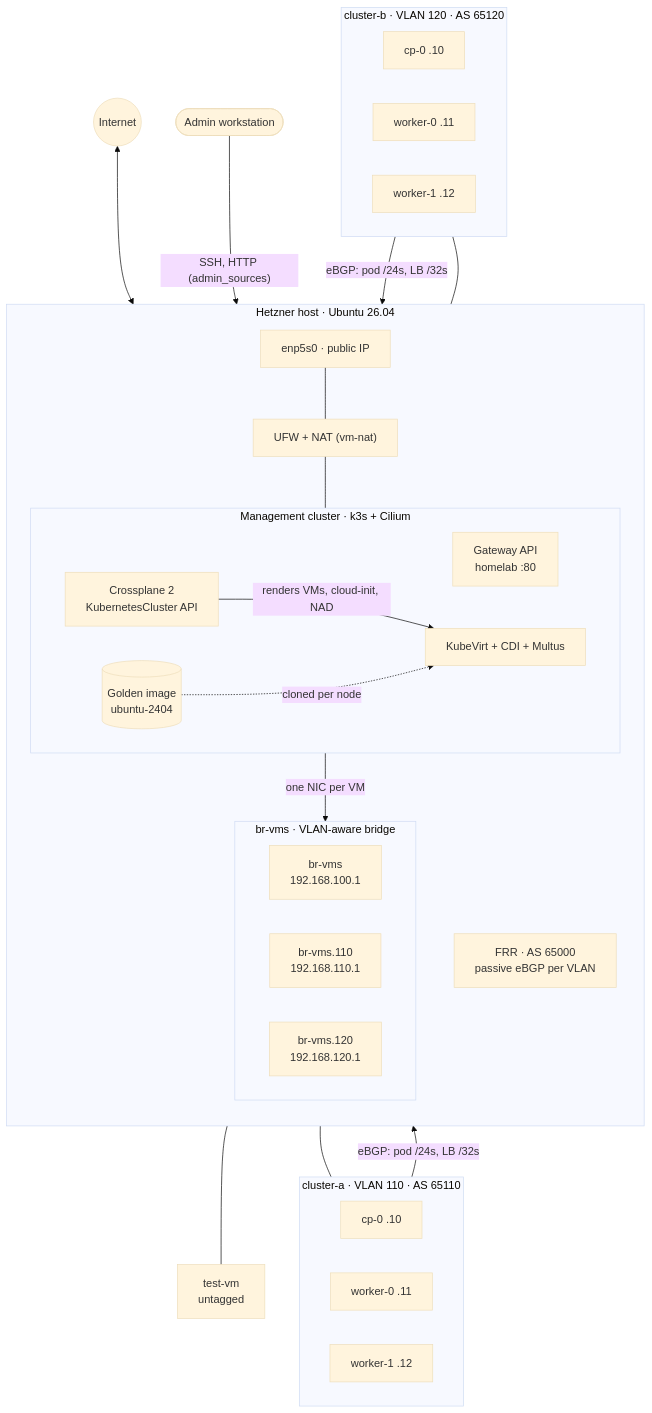
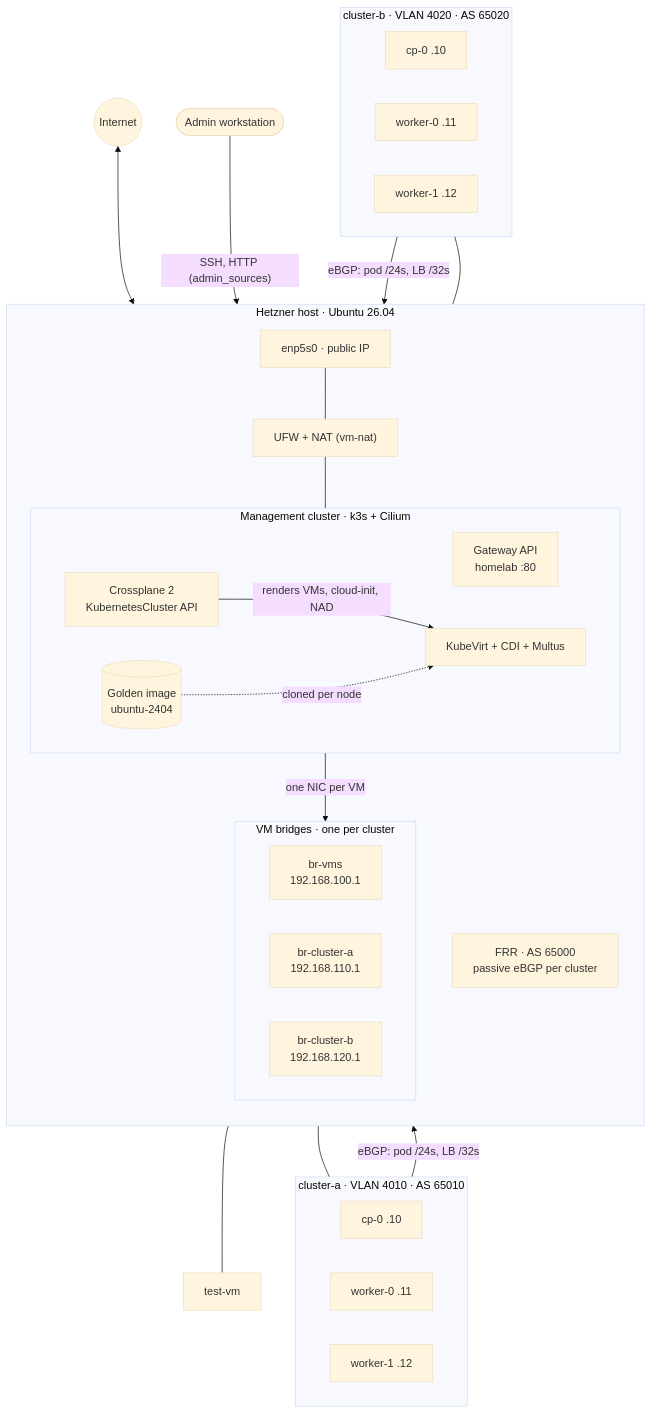
One commit to mohamediag/kubvirt-infra changed the first of 3 diagrams in README.md. Above: the diagram before and after it, drawn with Mermaid (base theme). The commit also changed other lines of this file and 9 other files, not shown here.

First line of the commit message:
One bridge per workload cluster, multi-host ready

````diff
--- a/README.md
+++ b/README.md
@@ -36,56 +36,56 @@
 ```mermaid
 flowchart TB
     internet(("Internet"))
     admin(["Admin workstation"])
 
     subgraph host["Hetzner host · Ubuntu 26.04"]
         direction TB
         nic["enp5s0 · public IP"]
         fw["UFW + NAT (vm-nat)"]
-        frr["FRR · AS 65000<br/>passive eBGP per VLAN"]
+        frr["FRR · AS 65000<br/>passive eBGP per cluster"]
 
         subgraph mgmt["Management cluster · k3s + Cilium"]
             direction LR
             gw["Gateway API<br/>homelab :80"]
             xp["Crossplane 2<br/>KubernetesCluster API"]
             kv["KubeVirt + CDI + Multus"]
             img[("Golden image<br/>ubuntu-2404")]
         end
 
-        subgraph bridge["br-vms · VLAN-aware bridge"]
+        subgraph bridge["VM bridges · one per cluster"]
             direction LR
             g100["br-vms<br/>192.168.100.1"]
-            g110["br-vms.110<br/>192.168.110.1"]
-            g120["br-vms.120<br/>192.168.120.1"]
+            g110["br-cluster-a<br/>192.168.110.1"]
+            g120["br-cluster-b<br/>192.168.120.1"]
         end
     end
 
-    subgraph ca["cluster-a · VLAN 110 · AS 65110"]
+    subgraph ca["cluster-a · VLAN 4010 · AS 65010"]
         direction LR
         a0["cp-0 .10"]
         a1["worker-0 .11"]
         a2["worker-1 .12"]
     end
 
-    subgraph cb["cluster-b · VLAN 120 · AS 65120"]
+    subgraph cb["cluster-b · VLAN 4020 · AS 65020"]
         direction LR
         b0["cp-0 .10"]
         b1["worker-0 .11"]
         b2["worker-1 .12"]
     end
 
-    testvm["test-vm<br/>untagged"]
+    testvm["test-vm"]
 
     internet <--> nic
     admin -- "SSH, HTTP (admin_sources)" --> nic
     nic --- fw
     fw --- gw
     xp -- "renders VMs, cloud-init, NAD" --> kv
     img -. "cloned per node" .-> kv
     kv -- "one NIC per VM" --> bridge
     g100 --- testvm
     g110 --- ca
     g120 --- cb
     ca -- "eBGP: pod /24s, LB /32s" --> frr
     cb -- "eBGP: pod /24s, LB /32s" --> frr
 ```
````
